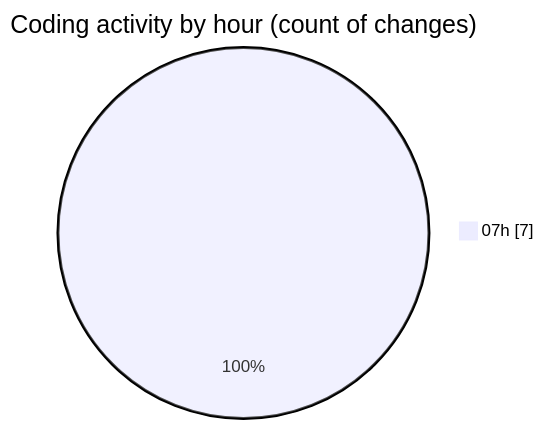
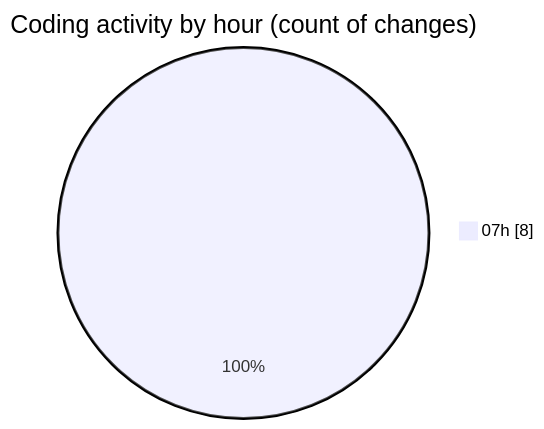
One commit to robertbonfada/code-tracking changed the second of 2 diagrams in 2025-02-03/mbc-web/README.md. Above: the diagram before and after it, drawn with Mermaid. The commit also changed other lines of this file and 1 other file, not shown here.

````diff
--- a/2025-02-03/mbc-web/README.md
+++ b/2025-02-03/mbc-web/README.md
@@ -29,5 +29,5 @@
 ```mermaid
 pie showData
 title Coding activity by hour (count of changes)
-"07h" : 7
+"07h" : 8
 ```
````
